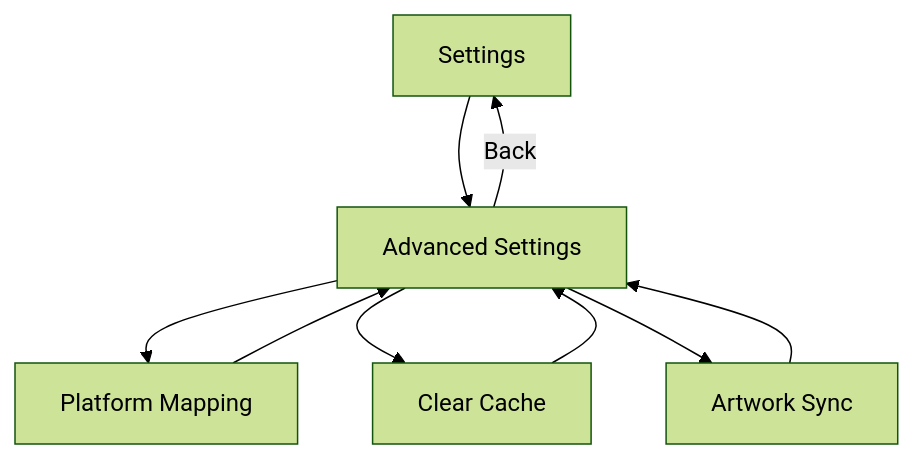
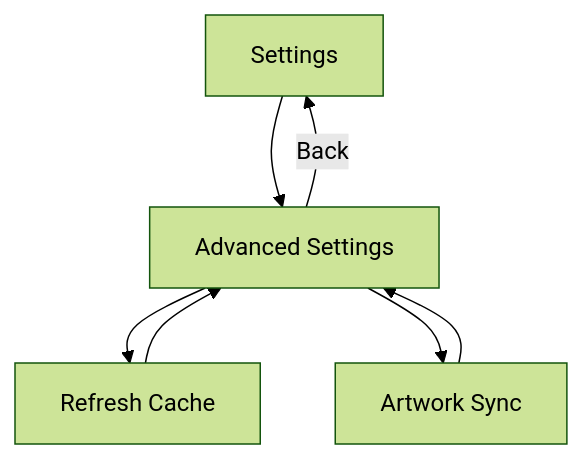
The fourth of 4 diagrams in docs/STATE_MACHINE.md (rommapp/grout), drawn with Mermaid (forest theme) before and after one commit. The commit also changed other lines of this file and 32 other files, not shown here.

````diff
--- a/docs/STATE_MACHINE.md
+++ b/docs/STATE_MACHINE.md
@@ -93,18 +107,15 @@
 ```mermaid
 flowchart TD
     SET[Settings]
     ASET[Advanced Settings]
-    PM[Platform Mapping]
-    CC[Clear Cache]
+    RC[Refresh Cache]
     ART[Artwork Sync]
 
     SET --> ASET
     ASET -->|"Back"| SET
-    ASET --> PM
-    ASET --> CC
+    ASET --> RC
     ASET --> ART
 
-    PM --> ASET
-    CC --> ASET
+    RC --> ASET
     ART --> ASET
 ```
````
